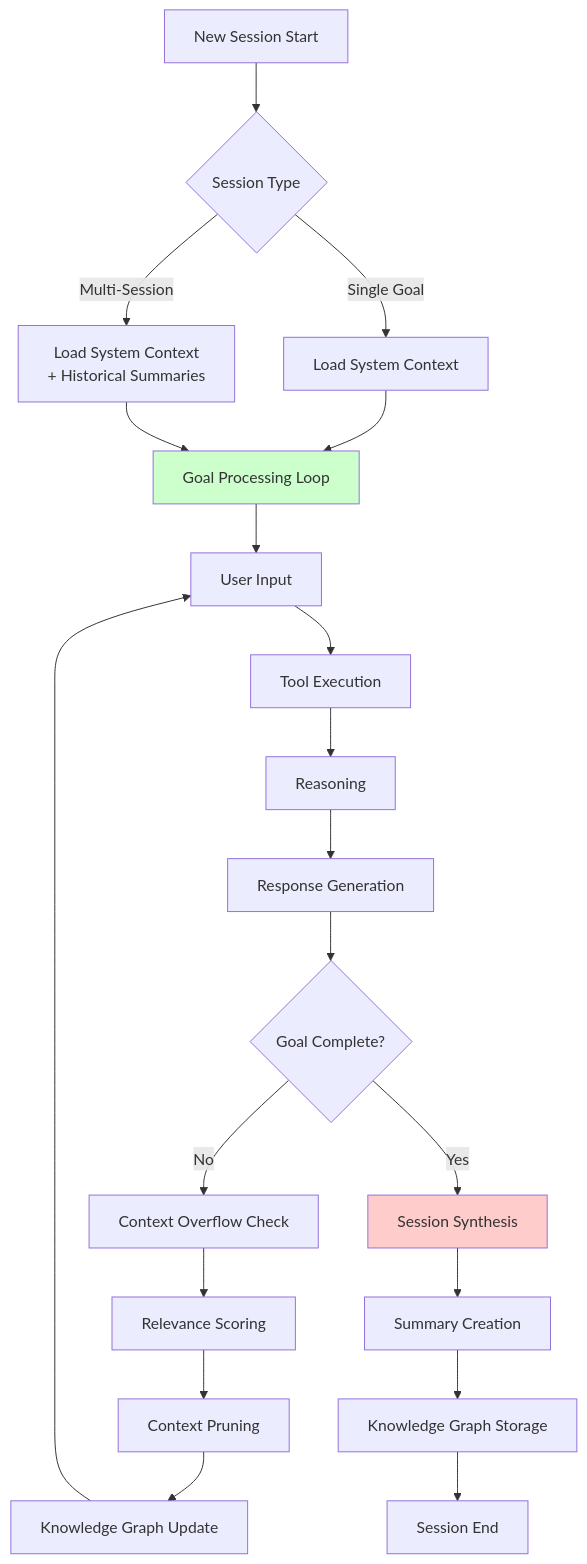
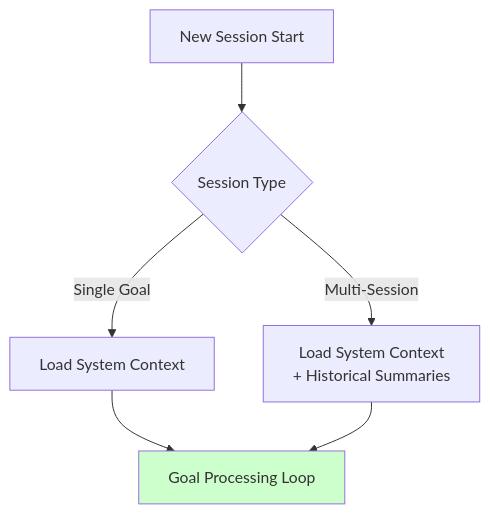
One commit to raphaelmansuy/digital_palace changed the first of 17 diagrams in reference/technical-articles/2025-06-29-context-management-llm-agents.md. Above: the diagram before and after it, drawn with Mermaid. The commit also changed other lines of this file, not shown here.

Commit message:
feat: enhance context management framework with additional Mermaid diagrams for improved clarity and structure

````diff
--- a/reference/technical-articles/2025-06-29-context-management-llm-agents.md
+++ b/reference/technical-articles/2025-06-29-context-management-llm-agents.md
@@ -61,30 +63,10 @@
 ```mermaid
 flowchart TD
     A[New Session Start] --> B{Session Type}
-    
     B -->|Single Goal| C[Load System Context]
     B -->|Multi-Session| D[Load System Context<br/>+ Historical Summaries]
-    
     C --> E[Goal Processing Loop]
     D --> E
     
-    E --> F[User Input]
-    F --> G[Tool Execution]
-    G --> H[Reasoning]
-    H --> I[Response Generation]
-    
-    I --> J{Goal Complete?}
-    J -->|No| K[Context Overflow Check]
-    K --> L[Relevance Scoring]
-    L --> M[Context Pruning]
-    M --> N[Knowledge Graph Update]
-    N --> F
-    
-    J -->|Yes| O[Session Synthesis]
-    O --> P[Summary Creation]
-    P --> Q[Knowledge Graph Storage]
-    Q --> R[Session End]
-    
     style E fill:#ccffcc
-    style O fill:#ffcccc
 ```
````
